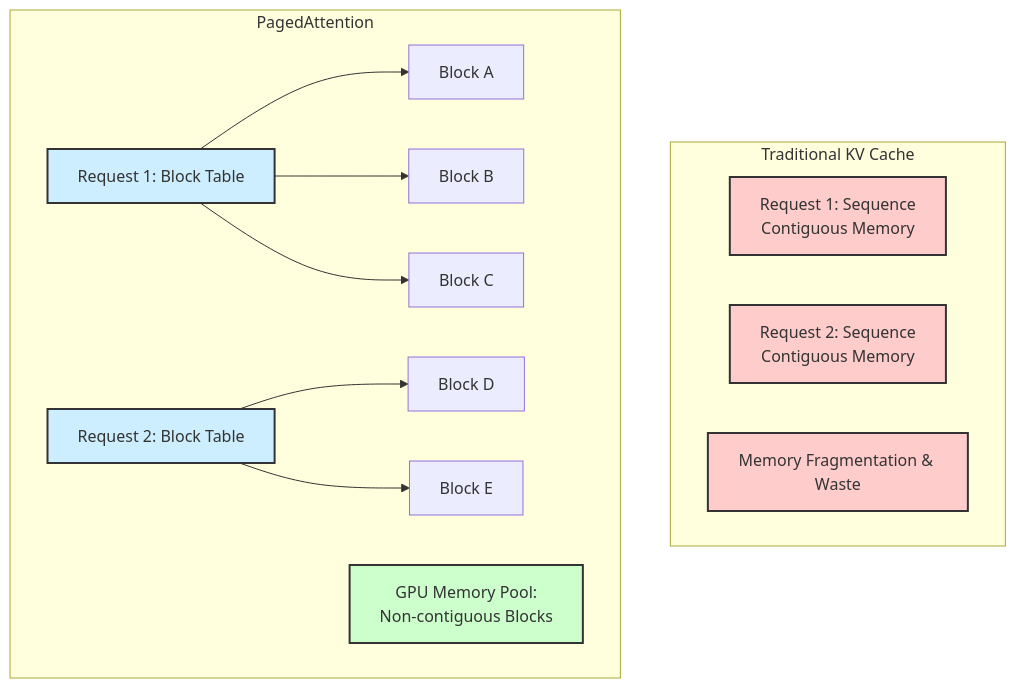
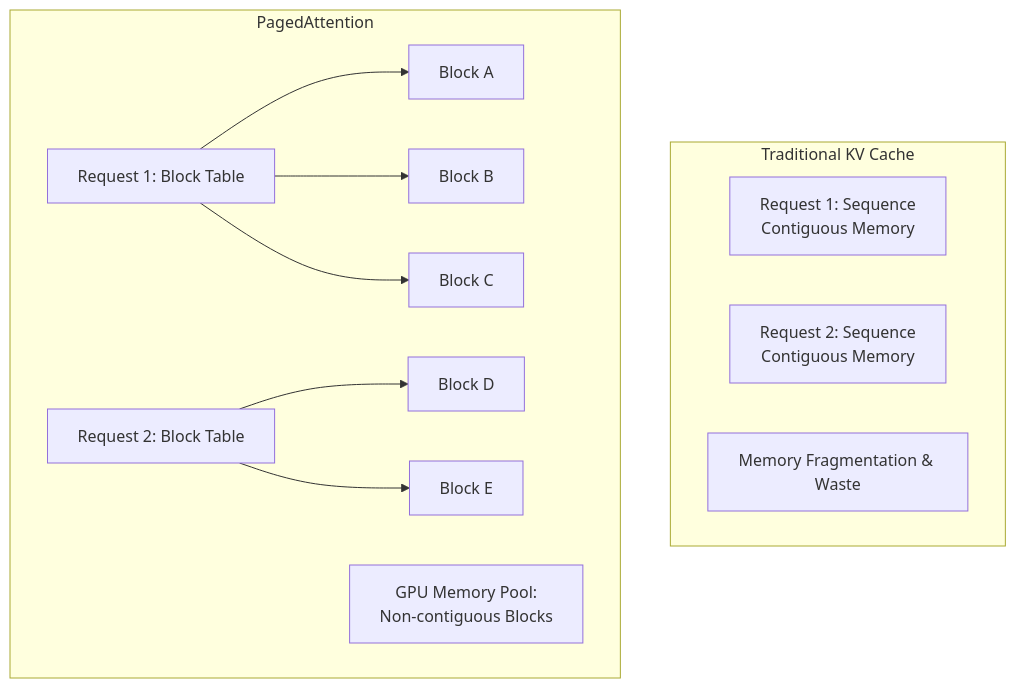
Before and after one commit to harimkang/ai-engineer-guide: the diagram in docs/4-대규모-언어-모델-llm/4-10-비용-최적화-전략/kv-cache-sharing-and-memory-reuse.md, drawn with Mermaid. The commit also changed 45 other files, not shown here.

````diff
--- a/docs/4-대규모-언어-모델-llm/4-10-비용-최적화-전략/kv-cache-sharing-and-memory-reuse.md
+++ b/docs/4-대규모-언어-모델-llm/4-10-비용-최적화-전략/kv-cache-sharing-and-memory-reuse.md
@@ -35,24 +35,17 @@
 ```mermaid
 graph TD
     subgraph "Traditional KV Cache"
         A[Request 1: Sequence<br/>Contiguous Memory]
         B[Request 2: Sequence<br/>Contiguous Memory]
         C[Memory Fragmentation & Waste]
     end
 
     subgraph "PagedAttention"
         D[Request 1: Block Table] --> D1[Block A]
         D --> D2[Block B]
         D --> D3[Block C]
         E[Request 2: Block Table] --> E1[Block D]
         E --> E2[Block E]
         F[GPU Memory Pool:<br/>Non-contiguous Blocks]
     end
-
-    style A fill:#ffcccc,stroke:#333,stroke-width:2px
-    style B fill:#ffcccc,stroke:#333,stroke-width:2px
-    style C fill:#ffcccc,stroke:#333,stroke-width:2px
-    style D fill:#cceeff,stroke:#333,stroke-width:2px
-    style E fill:#cceeff,stroke:#333,stroke-width:2px
-    style F fill:#ccffcc,stroke:#333,stroke-width:2px
 ```
````
